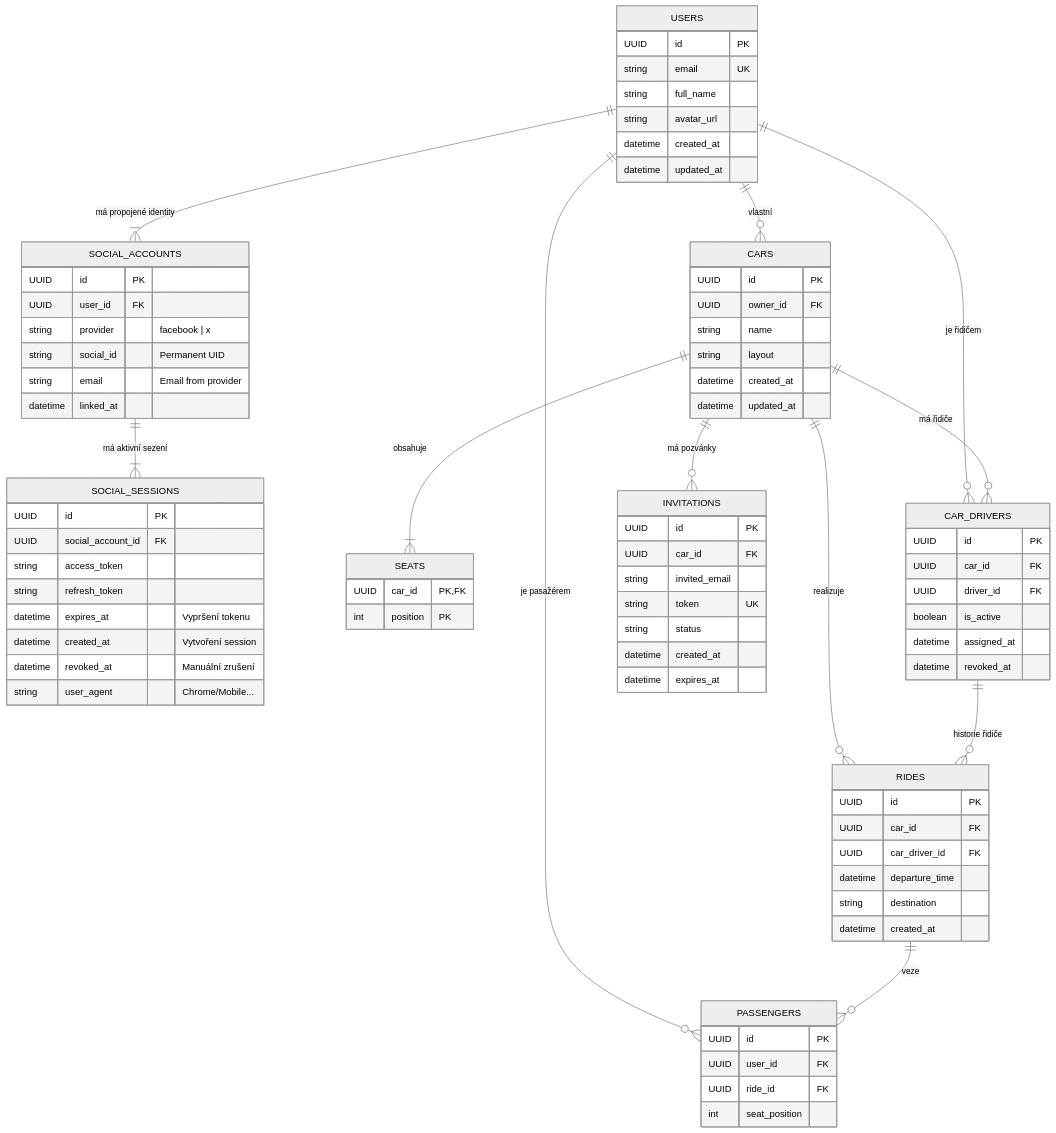
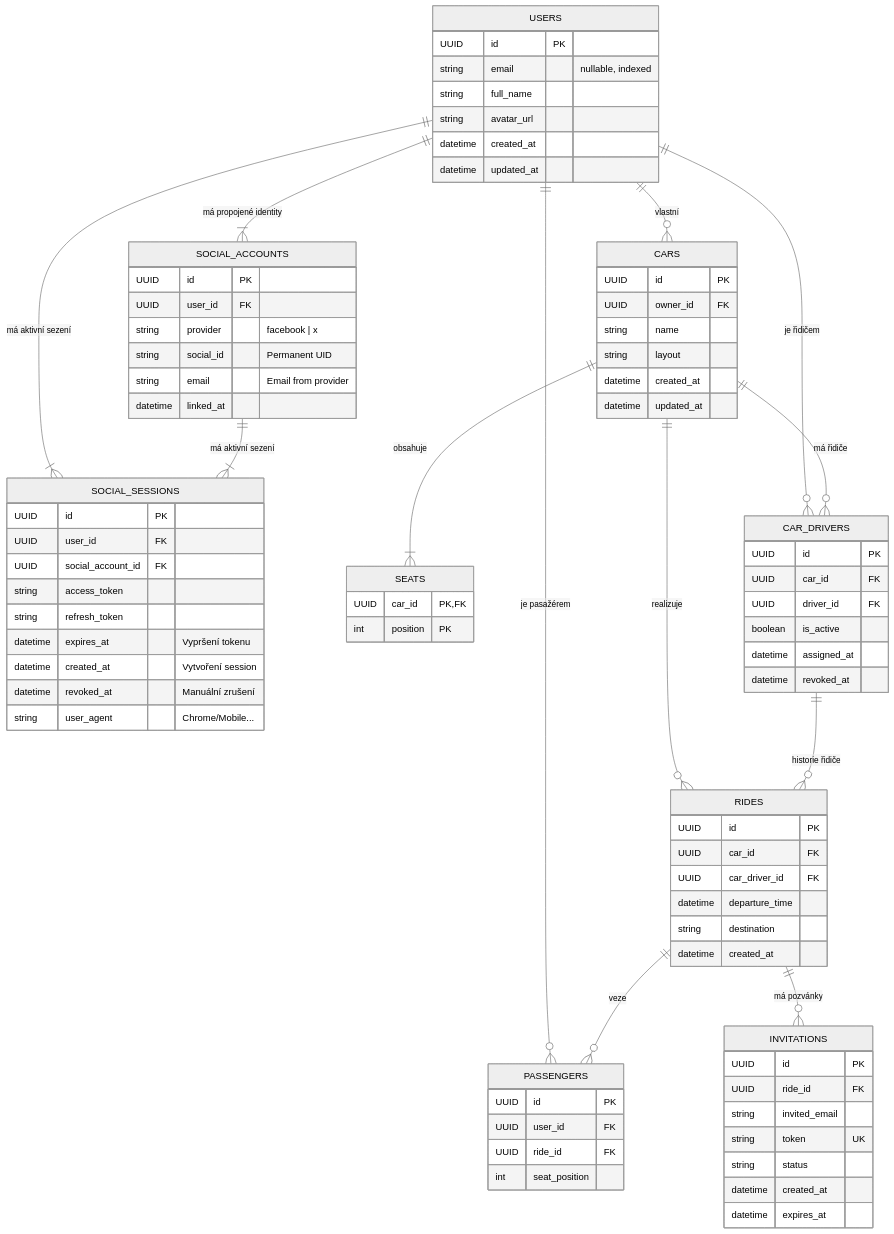
One commit to matthewjezek/Sitzy changed the diagram in diagrams/02_er.md. Above: the diagram before and after it, drawn with Mermaid (neutral theme). The commit also changed other lines of this file, not shown here.

Commit message:
feat: Update ER diagram to reflect changes in Invitations and user sessions

````diff
--- a/diagrams/02_er.md
+++ b/diagrams/02_er.md
@@ -5,7 +5,7 @@
     %% --- UŽIVATELÉ ---
     USERS {
         UUID id PK
-        string email UK
+        string email "nullable, indexed"
         string full_name
         string avatar_url
         datetime created_at
@@ -25,6 +25,7 @@
     %% --- RELACE / TOKENY (Dočasné klíče) ---
     SOCIAL_SESSIONS {
         UUID id PK
+        UUID user_id FK
         UUID social_account_id FK
         string access_token
         string refresh_token
@@ -76,7 +77,7 @@
 
     INVITATIONS {
         UUID id PK
-        UUID car_id FK
+        UUID ride_id FK
         string invited_email
         string token UK
         string status
@@ -87,6 +88,7 @@
     %% --- VAZBY ---
     USERS ||--o{ CARS : "vlastní"
     USERS ||--|{ SOCIAL_ACCOUNTS : "má propojené identity"
+    USERS ||--|{ SOCIAL_SESSIONS : "má aktivní sezení"
     USERS ||--o{ CAR_DRIVERS : "je řidičem"
     USERS ||--o{ PASSENGERS : "je pasažérem"
     
@@ -95,9 +97,9 @@
     CARS ||--|{ SEATS : "obsahuje"
     CARS ||--o{ CAR_DRIVERS : "má řidiče"
     CARS ||--o{ RIDES : "realizuje"
-    CARS ||--o{ INVITATIONS : "má pozvánky"
 
     CAR_DRIVERS ||--o{ RIDES : "historie řidiče"
     
     RIDES ||--o{ PASSENGERS : "veze"
+    RIDES ||--o{ INVITATIONS : "má pozvánky"
 ```
````
